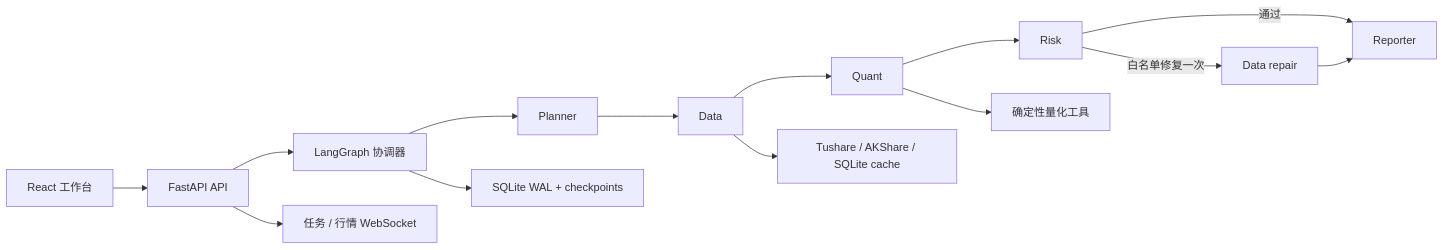
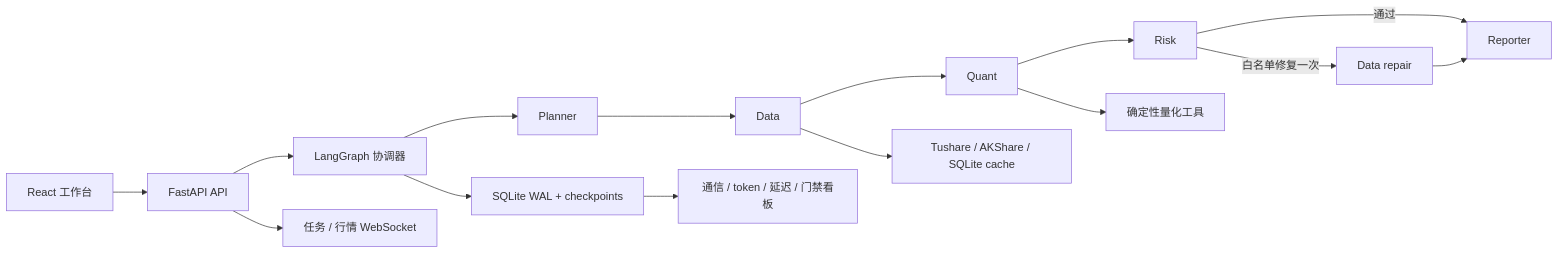
Before and after one commit to china-feng66/ChatBI_Stock_Assistant: the diagram in README.md, drawn with Mermaid. The commit also changed other lines of this file and 16 other files, not shown here.

````diff
--- a/README.md
+++ b/README.md
@@ -28,12 +29,13 @@
 ```mermaid
 flowchart LR
     UI["React 工作台"] --> API["FastAPI API"]
     API --> G["LangGraph 协调器"]
     G --> P["Planner"] --> D["Data"] --> Q["Quant"] --> R["Risk"]
     R -->|通过| W["Reporter"]
     R -->|白名单修复一次| D2["Data repair"] --> W
     API --> WS["任务 / 行情 WebSocket"]
     D --> M["Tushare / AKShare / SQLite cache"]
     Q --> T["确定性量化工具"]
     G --> C["SQLite WAL + checkpoints"]
+    C --> O["通信 / token / 延迟 / 门禁看板"]
 ```
````
